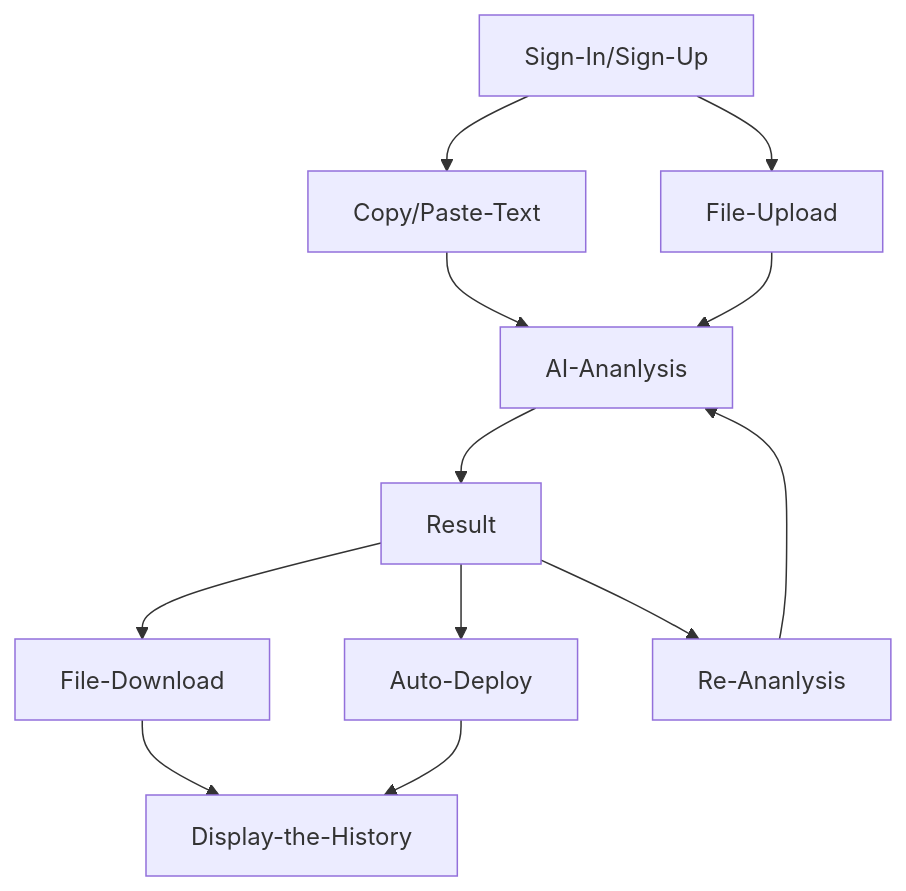
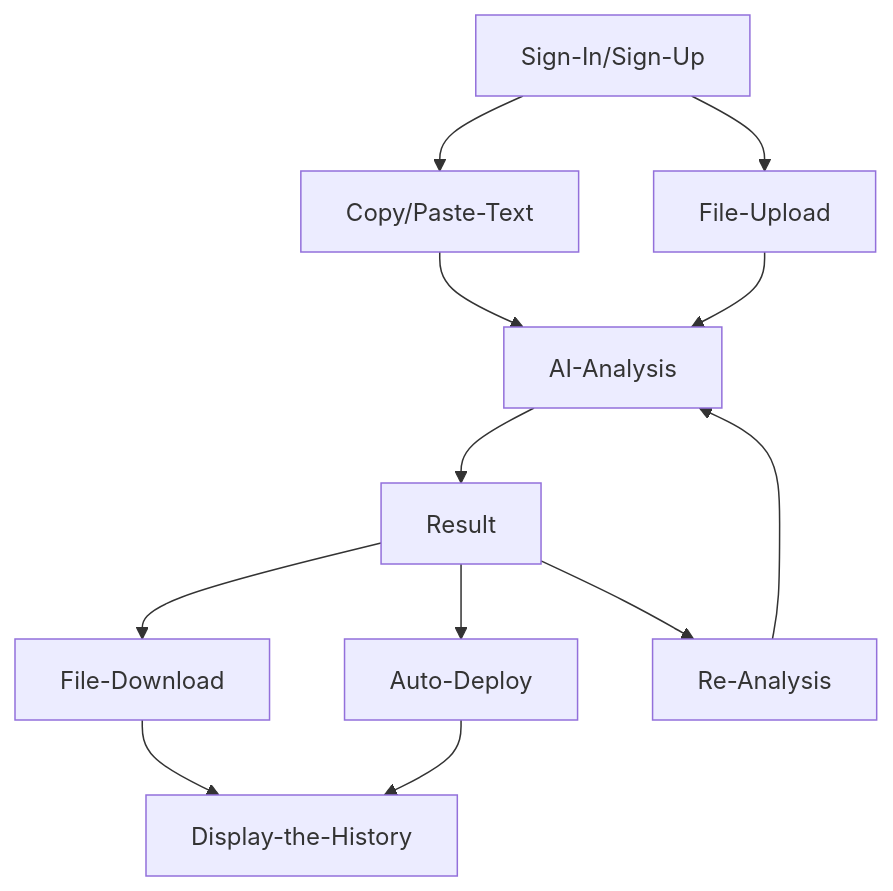
One commit to Freedteck/eth-global-various changed the diagram in README.md. Above: the diagram before and after it, drawn with Mermaid.

````diff
--- a/README.md
+++ b/README.md
@@ -20,14 +20,14 @@
 ```mermaid
 graph TD;
     Sign-In/Sign-Up-->File-Upload;
     Sign-In/Sign-Up-->Copy/Paste-Text;
-    Copy/Paste-Text-->AI-Ananlysis;
-    File-Upload-->AI-Ananlysis;
-    AI-Ananlysis-->Result;
+    Copy/Paste-Text-->AI-Analysis;
+    File-Upload-->AI-Analysis;
+    AI-Analysis-->Result;
     Result-->File-Download;
     Result-->Auto-Deploy;
-    Result-->Re-Ananlysis;
-    Re-Ananlysis-->AI-Ananlysis;
+    Result-->Re-Analysis;
+    Re-Analysis-->AI-Analysis;
     File-Download-->Display-the-History;
     Auto-Deploy-->Display-the-History;
 ```
````
